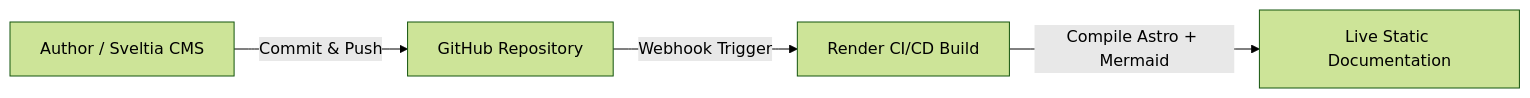
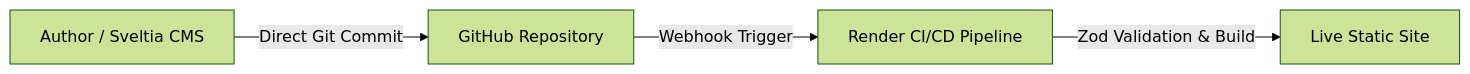
Before and after one commit to write-tim/docs-as-code: the diagram in src/content/docs/philosophy/what-is-docs-as-code.mdx, drawn with Mermaid (forest theme). The commit also changed other lines of this file, not shown here.

````diff
--- a/src/content/docs/philosophy/what-is-docs-as-code.mdx
+++ b/src/content/docs/philosophy/what-is-docs-as-code.mdx
@@ -34,6 +24,6 @@
 ```mermaid
 graph LR
-    A[Author / Sveltia CMS] -->|Commit & Push| B[GitHub Repository];
-    B -->|Webhook Trigger| C[Render CI/CD Build];
-    C -->|Compile Astro + Mermaid| D[Live Static Documentation];
+    A[Author / Sveltia CMS] -->|Direct Git Commit| B[GitHub Repository];
+    B -->|Webhook Trigger| C[Render CI/CD Pipeline];
+    C -->|Zod Validation & Build| D[Live Static Site];
 ```
````
